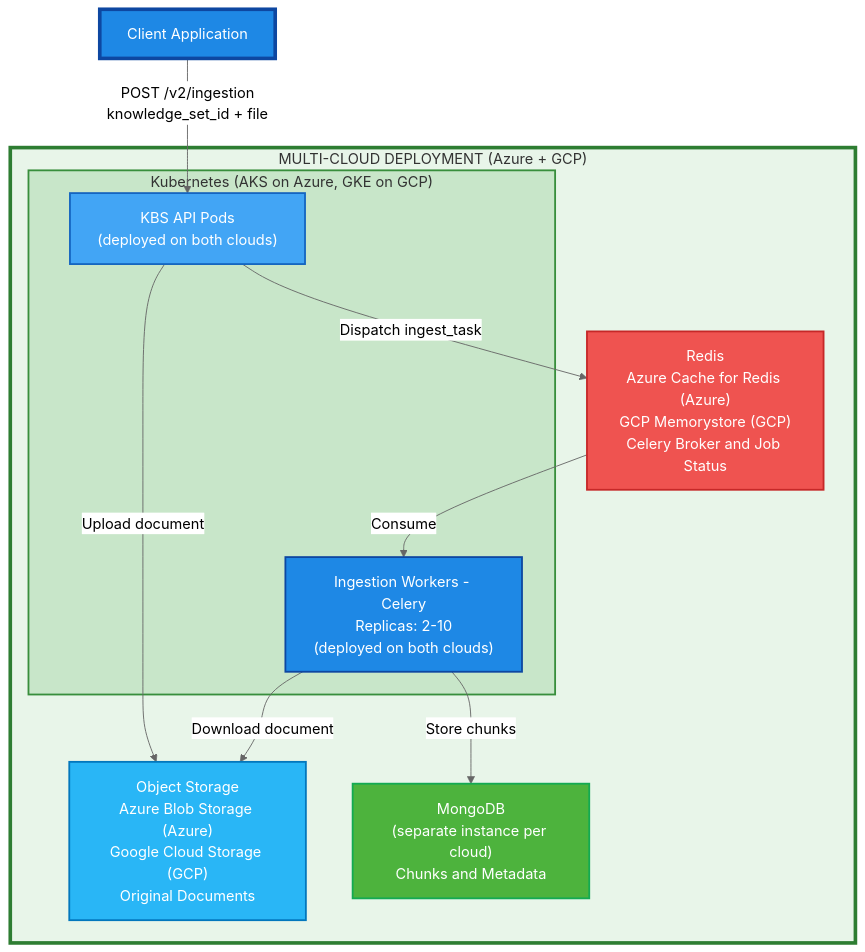
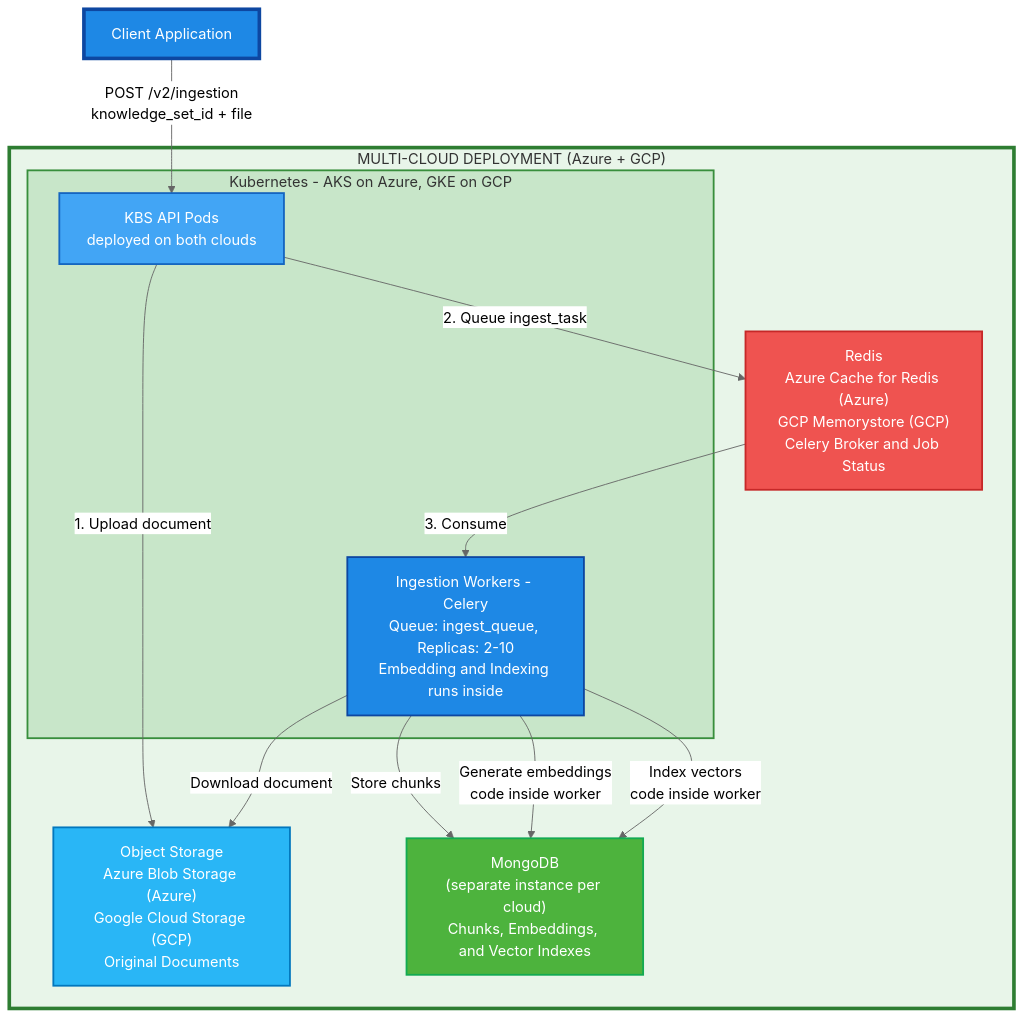
The first of 2 diagrams in docs/DESIGN.md (hmunjuluri05/rag-ingestion-api), drawn with Mermaid (neutral theme) before and after one commit. The commit also changed other lines of this file and 1 other file, not shown here.

````diff
--- a/docs/DESIGN.md
+++ b/docs/DESIGN.md
@@ -75,30 +75,32 @@
 ```mermaid
 graph TB
     Client["Client Application"]
 
     subgraph MultiCloud["MULTI-CLOUD DEPLOYMENT  (Azure + GCP)"]
-        subgraph K8s["Kubernetes  (AKS on Azure, GKE on GCP)"]
-            API["KBS API Pods<br/>(deployed on both clouds)"]
-            Workers["Ingestion Workers - Celery<br/>Replicas: 2-10<br/>(deployed on both clouds)"]
+        subgraph K8s["Kubernetes - AKS on Azure, GKE on GCP"]
+            API["KBS API Pods<br/>deployed on both clouds"]
+            Workers["Ingestion Workers - Celery<br/>Queue: ingest_queue, Replicas: 2-10<br/>Embedding and Indexing runs inside"]
         end
         Redis["Redis<br/>Azure Cache for Redis (Azure)<br/>GCP Memorystore (GCP)<br/>Celery Broker and Job Status"]
         ObjectStorage["Object Storage<br/>Azure Blob Storage (Azure)<br/>Google Cloud Storage (GCP)<br/>Original Documents"]
-        MongoDB["MongoDB<br/>(separate instance per cloud)<br/>Chunks and Metadata"]
+        MongoDB["MongoDB<br/>(separate instance per cloud)<br/>Chunks, Embeddings, and Vector Indexes"]
     end
 
     Client -->|POST /v2/ingestion<br/>knowledge_set_id + file| API
-    API -->|Dispatch ingest_task| Redis
-    Redis -->|Consume| Workers
-    API -->|Upload document| ObjectStorage
+    API -->|1. Upload document| ObjectStorage
+    API -->|2. Queue ingest_task| Redis
+    Redis -->|3. Consume| Workers
     Workers -->|Download document| ObjectStorage
     Workers -->|Store chunks| MongoDB
+    Workers -->|Generate embeddings<br/>code inside worker| MongoDB
+    Workers -->|Index vectors<br/>code inside worker| MongoDB
 
     style Client fill:#1E88E5,stroke:#0D47A1,stroke-width:4px,color:#FFFFFF
     style MultiCloud fill:#E8F5E9,stroke:#2E7D32,stroke-width:4px
     style K8s fill:#C8E6C9,stroke:#388E3C,stroke-width:2px
     style API fill:#42A5F5,stroke:#1565C0,stroke-width:2px,color:#FFFFFF
     style Workers fill:#1E88E5,stroke:#0D47A1,stroke-width:2px,color:#FFFFFF
     style Redis fill:#EF5350,stroke:#C62828,stroke-width:2px,color:#FFFFFF
     style ObjectStorage fill:#29B6F6,stroke:#0277BD,stroke-width:2px,color:#FFFFFF
     style MongoDB fill:#4DB33D,stroke:#13AA52,stroke-width:2px,color:#FFFFFF
 ```
````
